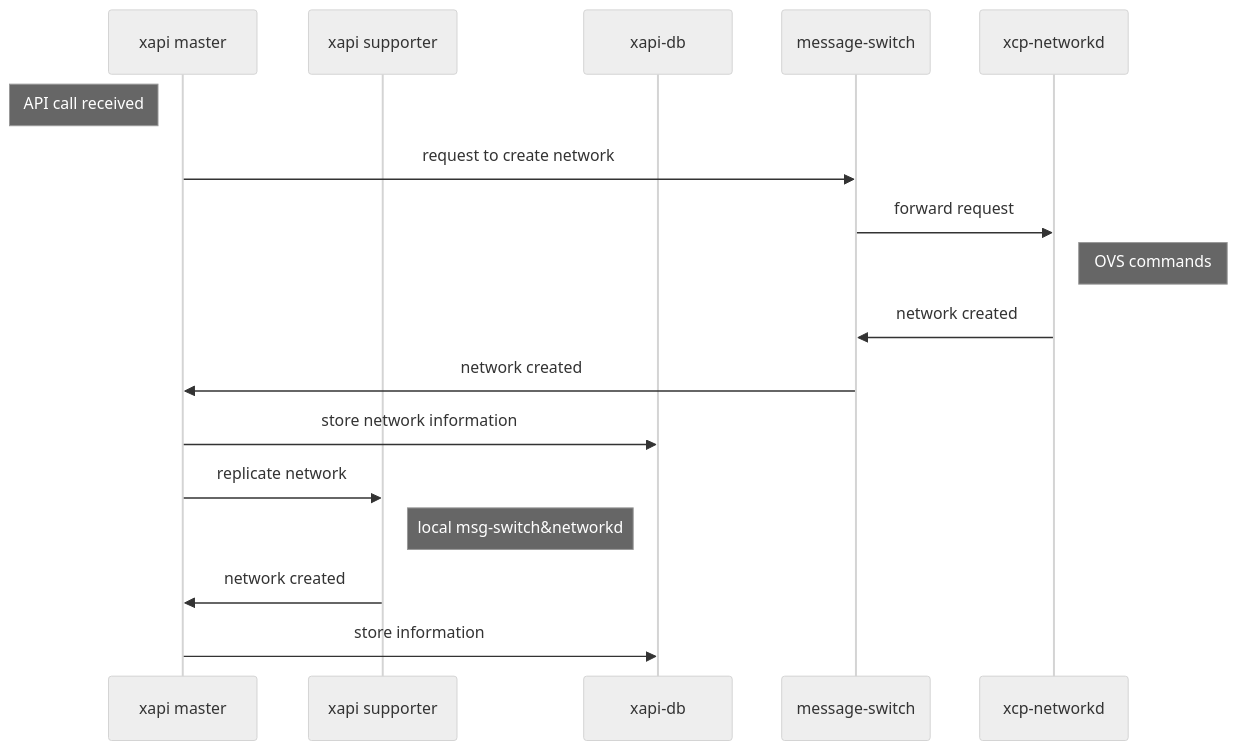
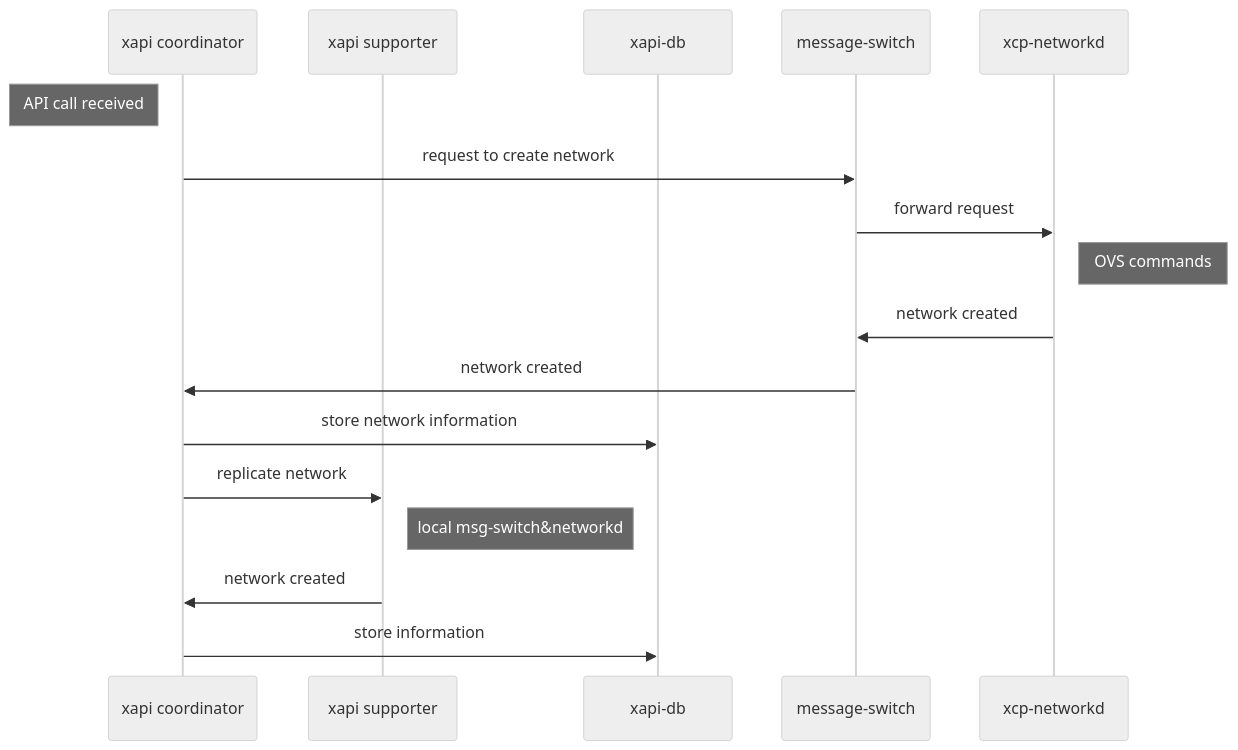
The second of 7 diagrams in docs/project/architecture.md (xcp-ng/xcp-ng-org), drawn with Mermaid (neutral theme) before and after one commit. The commit also changed other lines of this file and 17 other files, not shown here.

````diff
--- a/docs/project/architecture.md
+++ b/docs/project/architecture.md
@@ -1257,21 +1258,21 @@
 ```mermaid
 sequenceDiagram
-   participant xapi master
+   participant xapi coordinator
    participant xapi supporter
    participant xapi-db
    participant message-switch
    participant xcp-networkd
 
-   Note left of xapi master: API call received
-   xapi master->>message-switch: request to create network
+   Note left of xapi coordinator: API call received
+   xapi coordinator->>message-switch: request to create network
    message-switch->>xcp-networkd: forward request
    Note right of xcp-networkd: OVS commands
    xcp-networkd->>message-switch: network created
-   message-switch->>xapi master: network created
-   xapi master->>xapi-db: store network information
-   xapi master->>xapi supporter: replicate network
+   message-switch->>xapi coordinator: network created
+   xapi coordinator->>xapi-db: store network information
+   xapi coordinator->>xapi supporter: replicate network
    Note right of xapi supporter: local msg-switch&networkd
-   xapi supporter->>xapi master: network created
-   xapi master->>xapi-db: store information
+   xapi supporter->>xapi coordinator: network created
+   xapi coordinator->>xapi-db: store information
    
 ```
````
